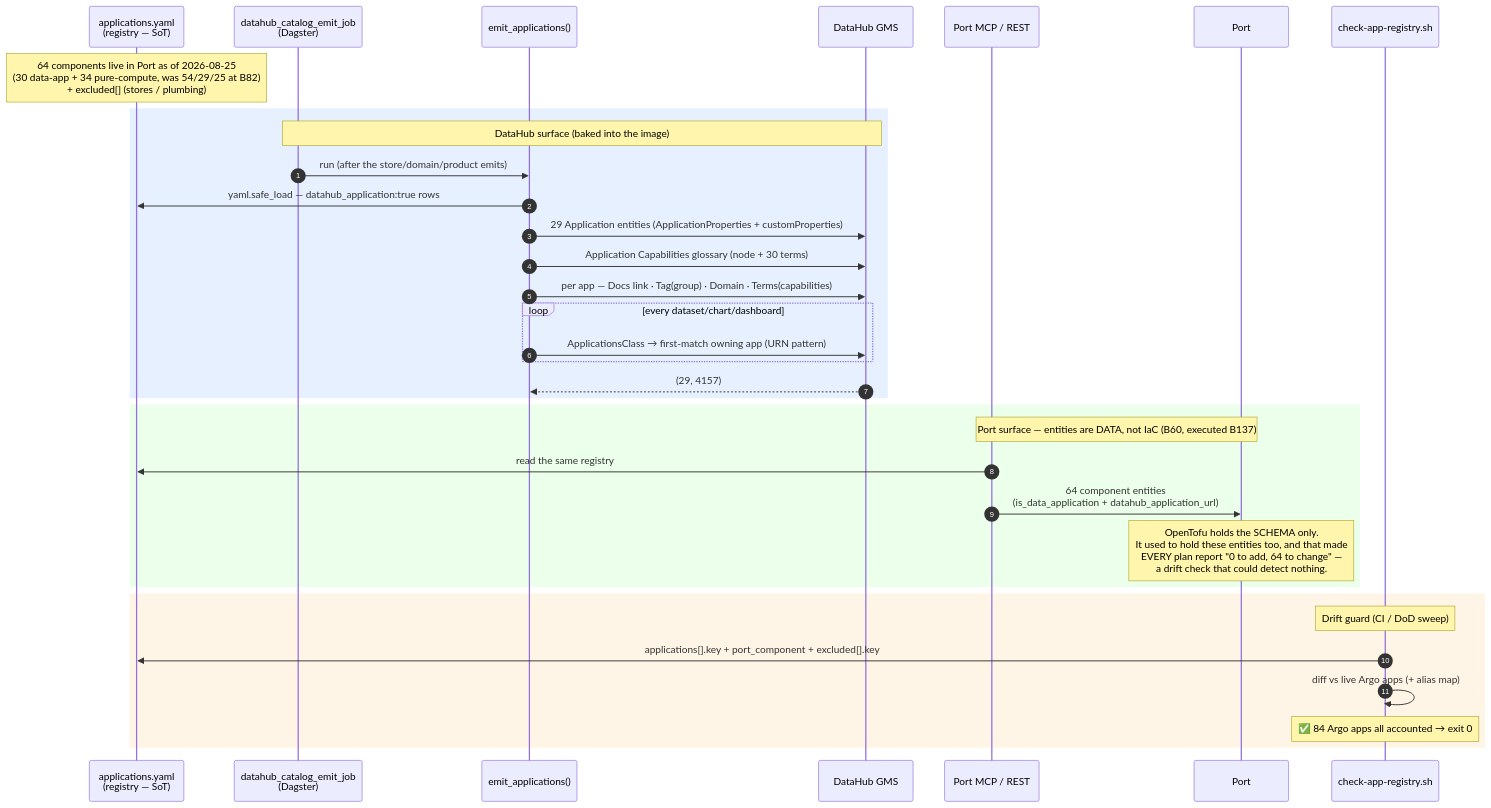
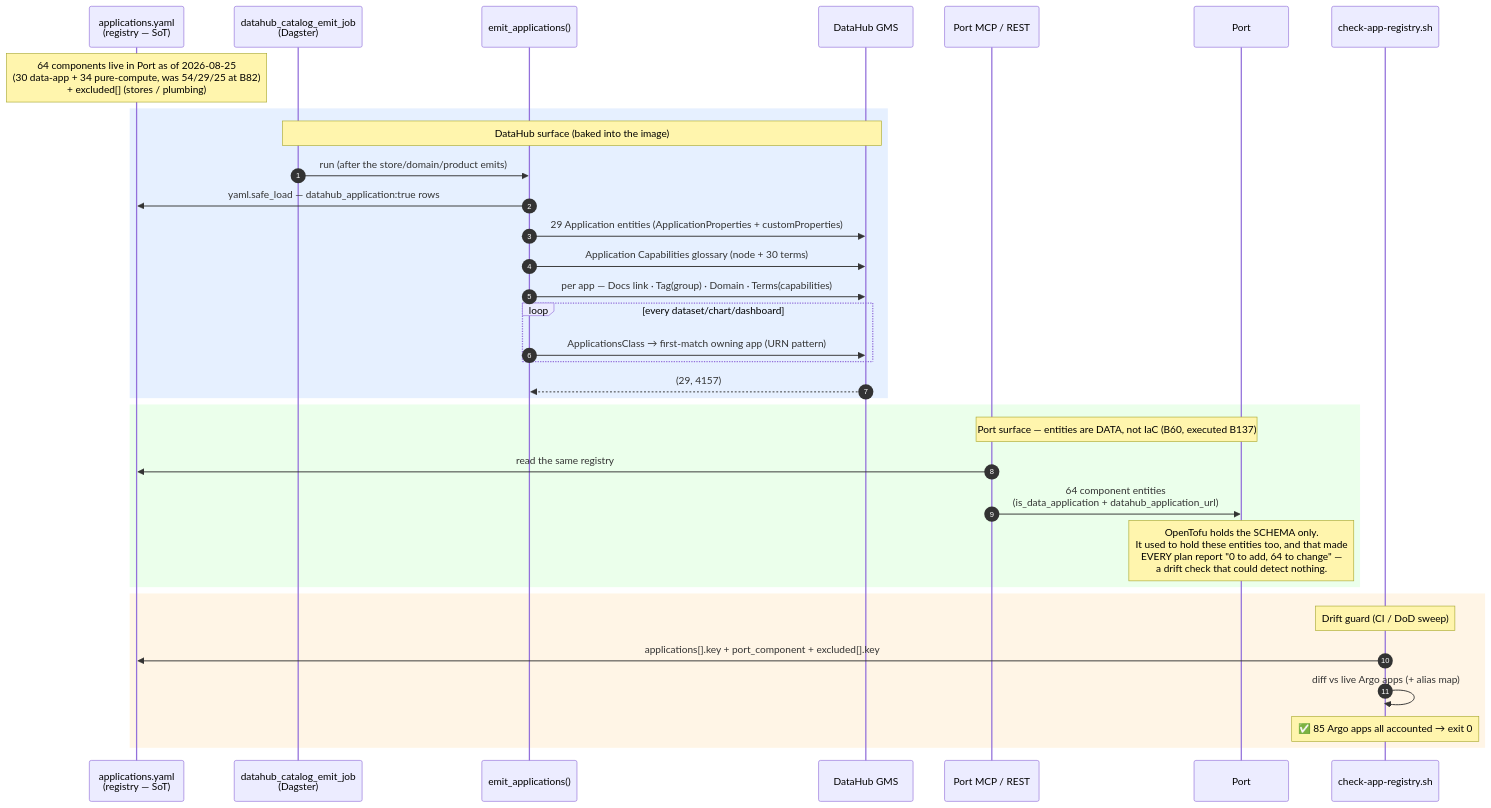
The diagram in docs/diagrams/flow-application-taxonomy.md (edtbl76/weyland-lab), drawn with Mermaid before and after one commit. The commit also changed 30 other files, not shown here.

````diff
--- a/docs/diagrams/flow-application-taxonomy.md
+++ b/docs/diagrams/flow-application-taxonomy.md
@@ -6,40 +6,40 @@
 ```mermaid
 sequenceDiagram
     autonumber
     participant REG as applications.yaml<br/>(registry — SoT)
     participant JOB as datahub_catalog_emit_job<br/>(Dagster)
     participant EMIT as emit_applications()
     participant GMS as DataHub GMS
     participant MCP as Port MCP / REST
     participant PORT as Port
     participant CHK as check-app-registry.sh
 
     Note over REG: 64 components live in Port as of 2026-08-25<br/>(30 data-app + 34 pure-compute, was 54/29/25 at B82)<br/>+ excluded[] (stores / plumbing)
 
     rect rgb(230,240,255)
     Note over JOB,GMS: DataHub surface (baked into the image)
     JOB->>EMIT: run (after the store/domain/product emits)
     EMIT->>REG: yaml.safe_load — datahub_application:true rows
     EMIT->>GMS: 29 Application entities (ApplicationProperties + customProperties)
     EMIT->>GMS: Application Capabilities glossary (node + 30 terms)
     EMIT->>GMS: per app — Docs link · Tag(group) · Domain · Terms(capabilities)
     loop every dataset/chart/dashboard
         EMIT->>GMS: ApplicationsClass → first-match owning app (URN pattern)
     end
     GMS-->>EMIT: (29, 4157)
     end
 
     rect rgb(235,255,235)
     Note over MCP,PORT: Port surface — entities are DATA, not IaC (B60, executed B137)
     MCP->>REG: read the same registry
     MCP->>PORT: 64 component entities<br/>(is_data_application + datahub_application_url)
     Note over PORT: OpenTofu holds the SCHEMA only.<br/>It used to hold these entities too, and that made<br/>EVERY plan report "0 to add, 64 to change" —<br/>a drift check that could detect nothing.
     end
 
     rect rgb(255,245,230)
     Note over CHK: Drift guard (CI / DoD sweep)
     CHK->>REG: applications[].key + port_component + excluded[].key
     CHK->>CHK: diff vs live Argo apps (+ alias map)
-    Note over CHK: ✅ 84 Argo apps all accounted → exit 0
+    Note over CHK: ✅ 85 Argo apps all accounted → exit 0
     end
 ```
````
